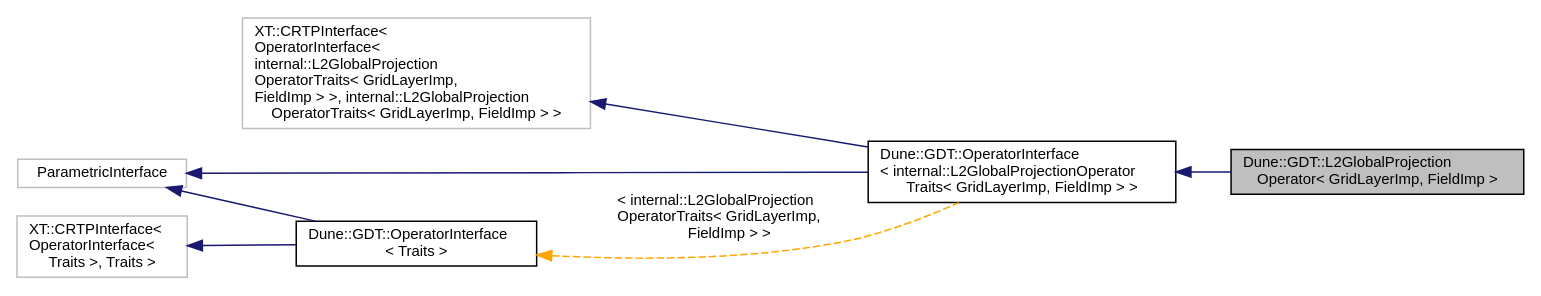
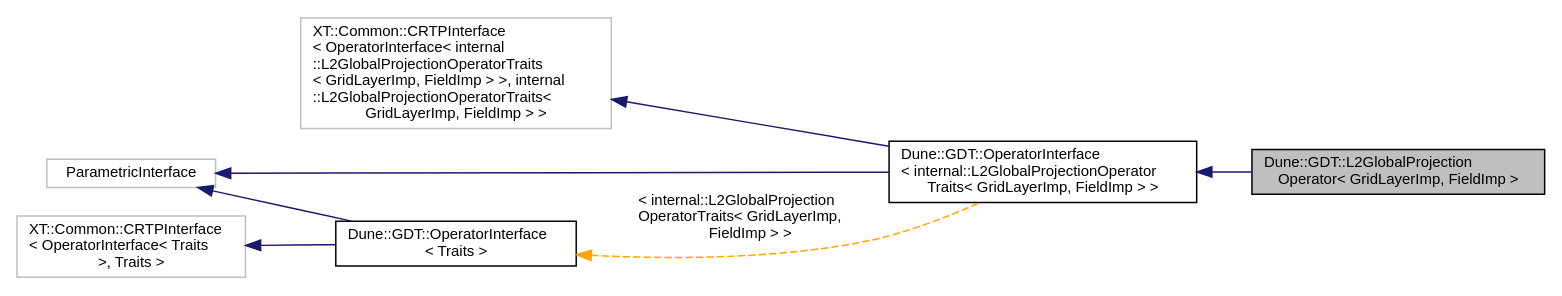
Before and after one commit to dune-community/dune-community.github.io: the diagram in docs/dune-gdt/master/a02260.dot, drawn with Graphviz. The commit also changed 1147 other files, not shown here.

```diff
--- a/docs/dune-gdt/master/a02260.dot
+++ b/docs/dune-gdt/master/a02260.dot
@@ -1,18 +1,18 @@
 digraph "Dune::GDT::L2GlobalProjectionOperator&lt; GridLayerImp, FieldImp &gt;"
 {
   edge [fontname="Helvetica",fontsize="10",labelfontname="Helvetica",labelfontsize="10"];
   node [fontname="Helvetica",fontsize="10",shape=record];
   rankdir="LR";
   Node0 [label="Dune::GDT::L2GlobalProjection\lOperator\< GridLayerImp, FieldImp \>",height=0.2,width=0.4,color="black", fillcolor="grey75", style="filled", fontcolor="black"];
   Node1 -> Node0 [dir="back",color="midnightblue",fontsize="10",style="solid",fontname="Helvetica"];
   Node1 [label="Dune::GDT::OperatorInterface\l\< internal::L2GlobalProjectionOperator\lTraits\< GridLayerImp, FieldImp \> \>",height=0.2,width=0.4,color="black", fillcolor="white", style="filled",URL="$a02117.html"];
   Node2 -> Node1 [dir="back",color="midnightblue",fontsize="10",style="solid",fontname="Helvetica"];
-  Node2 [label="XT::CRTPInterface\<\l OperatorInterface\<\l internal::L2GlobalProjection\lOperatorTraits\< GridLayerImp,\l FieldImp \> \>, internal::L2GlobalProjection\lOperatorTraits\< GridLayerImp, FieldImp \> \>",height=0.2,width=0.4,color="grey75", fillcolor="white", style="filled"];
+  Node2 [label="XT::Common::CRTPInterface\l\< OperatorInterface\< internal\l::L2GlobalProjectionOperatorTraits\l\< GridLayerImp, FieldImp \> \>, internal\l::L2GlobalProjectionOperatorTraits\<\l GridLayerImp, FieldImp \> \>",height=0.2,width=0.4,color="grey75", fillcolor="white", style="filled"];
   Node3 -> Node1 [dir="back",color="midnightblue",fontsize="10",style="solid",fontname="Helvetica"];
   Node3 [label="ParametricInterface",height=0.2,width=0.4,color="grey75", fillcolor="white", style="filled"];
   Node4 -> Node1 [dir="back",color="orange",fontsize="10",style="dashed",label=" \< internal::L2GlobalProjection\lOperatorTraits\< GridLayerImp,\l FieldImp \> \>" ,fontname="Helvetica"];
   Node4 [label="Dune::GDT::OperatorInterface\l\< Traits \>",height=0.2,width=0.4,color="black", fillcolor="white", style="filled",URL="$a02117.html"];
   Node5 -> Node4 [dir="back",color="midnightblue",fontsize="10",style="solid",fontname="Helvetica"];
-  Node5 [label="XT::CRTPInterface\<\l OperatorInterface\<\l Traits \>, Traits \>",height=0.2,width=0.4,color="grey75", fillcolor="white", style="filled"];
+  Node5 [label="XT::Common::CRTPInterface\l\< OperatorInterface\< Traits\l \>, Traits \>",height=0.2,width=0.4,color="grey75", fillcolor="white", style="filled"];
   Node3 -> Node4 [dir="back",color="midnightblue",fontsize="10",style="solid",fontname="Helvetica"];
 }
```
